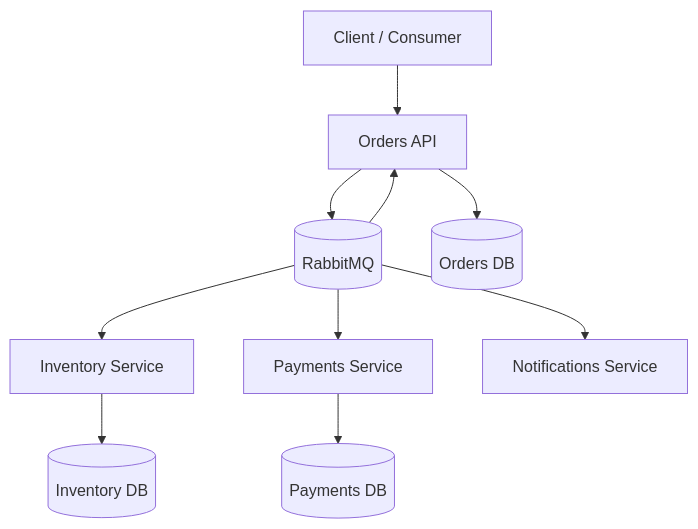
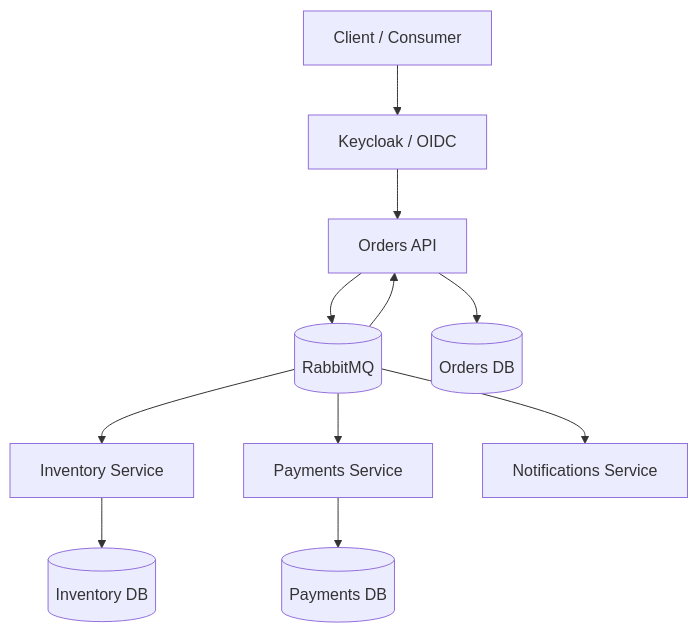
The first of 2 diagrams in docs/architecture.en.md (WillianZanutoOliveira/api-dotnet), drawn with Mermaid before and after one commit. The commit also changed other lines of this file and 5 other files, not shown here.

````diff
--- a/docs/architecture.en.md
+++ b/docs/architecture.en.md
@@ -24,15 +24,16 @@
 ```mermaid
 flowchart TB
     User[Client / Consumer]
-    User --> Orders[Orders API]
+    User --> Keycloak[Keycloak / OIDC]
+    Keycloak --> Orders[Orders API]
 
     Orders --> Rabbit[(RabbitMQ)]
     Rabbit --> Inventory[Inventory Service]
     Rabbit --> Payments[Payments Service]
     Rabbit --> Notifications[Notifications Service]
     Rabbit --> Orders
 
     Orders --> OrdersDb[(Orders DB)]
     Inventory --> InventoryDb[(Inventory DB)]
     Payments --> PaymentsDb[(Payments DB)]
 ```
````
